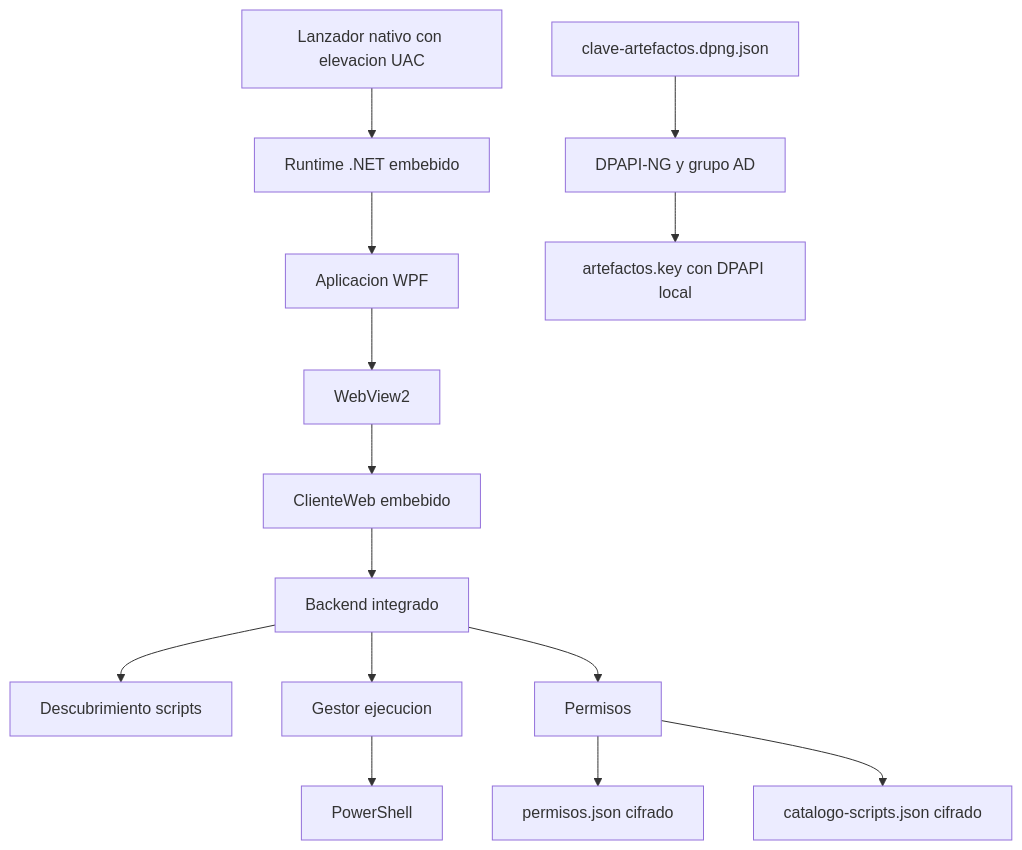
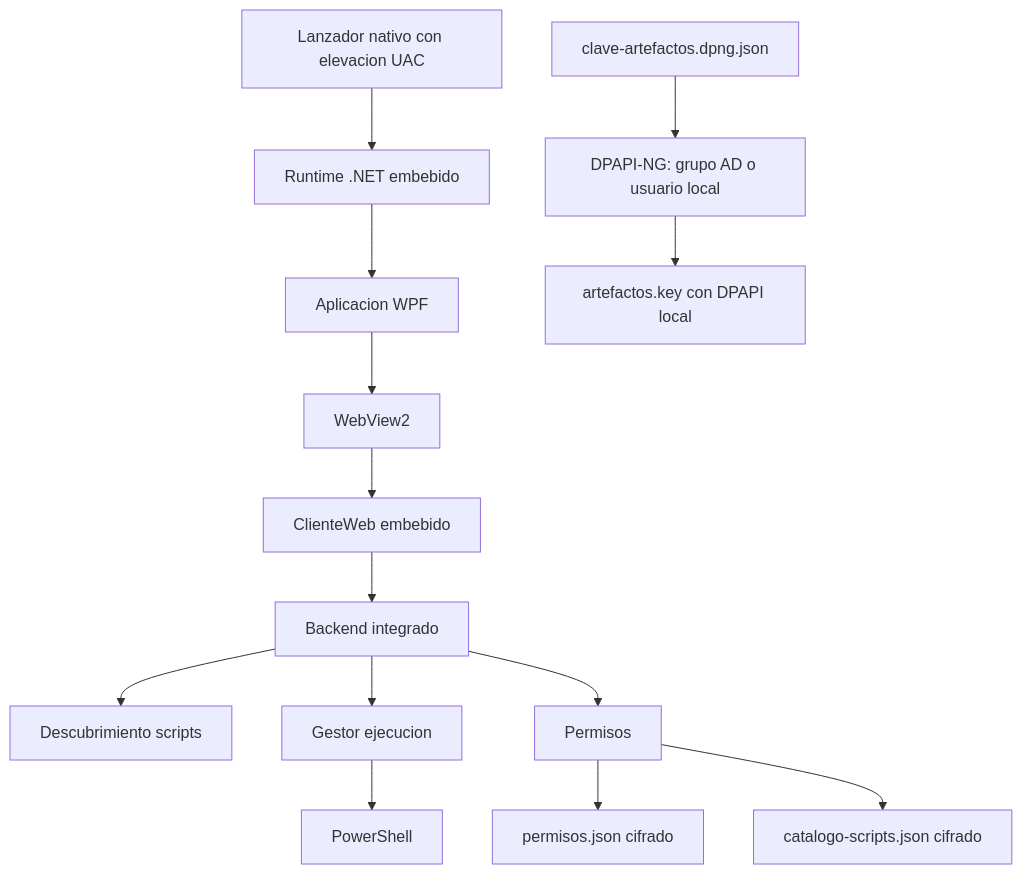
Before and after one commit to Eliminator-CRAK/Lanzador-de-scrips: the diagram in README.md, drawn with Mermaid. The commit also changed other lines of this file and 7 other files, not shown here.

Commit message:
Genera artefactos para usuario local

````diff
--- a/README.md
+++ b/README.md
@@ -17,16 +17,16 @@
 ```mermaid
 flowchart TD
     A[Lanzador nativo con elevacion UAC] --> B[Runtime .NET embebido]
     B --> C[Aplicacion WPF]
     C --> D[WebView2]
     D --> E[ClienteWeb embebido]
     E --> F[Backend integrado]
     F --> G[Descubrimiento scripts]
     F --> H[Gestor ejecucion]
     F --> I[Permisos]
     H --> J[PowerShell]
     I --> K[permisos.json cifrado]
     I --> L[catalogo-scripts.json cifrado]
-    M[clave-artefactos.dpng.json] --> N[DPAPI-NG y grupo AD]
+    M[clave-artefactos.dpng.json] --> N[DPAPI-NG: grupo AD o usuario local]
     N --> O[artefactos.key con DPAPI local]
 ```
````
